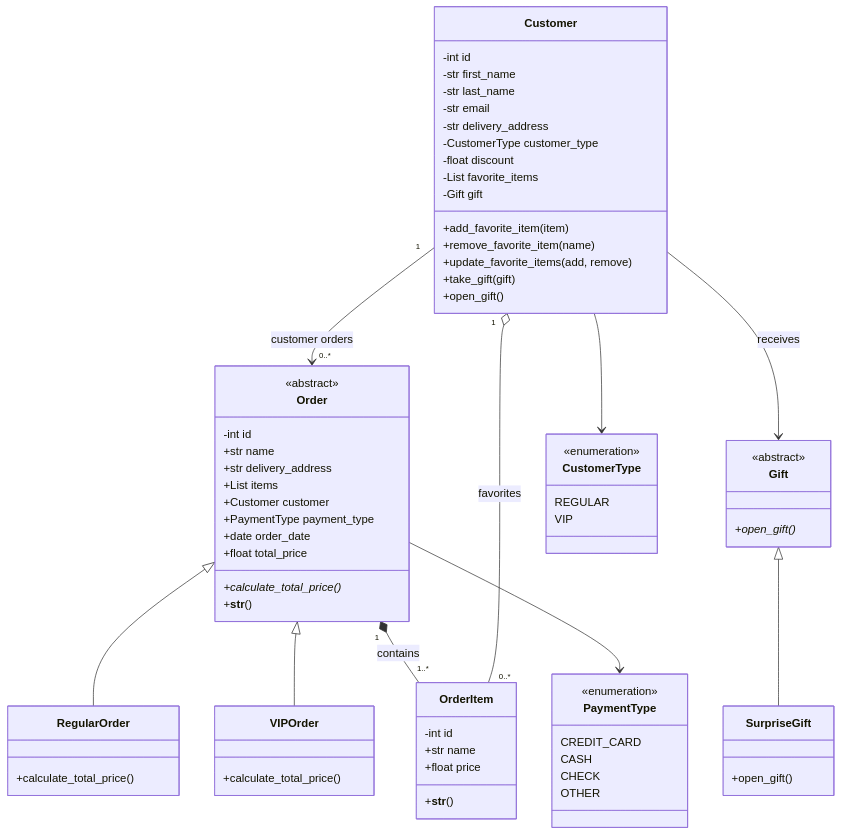
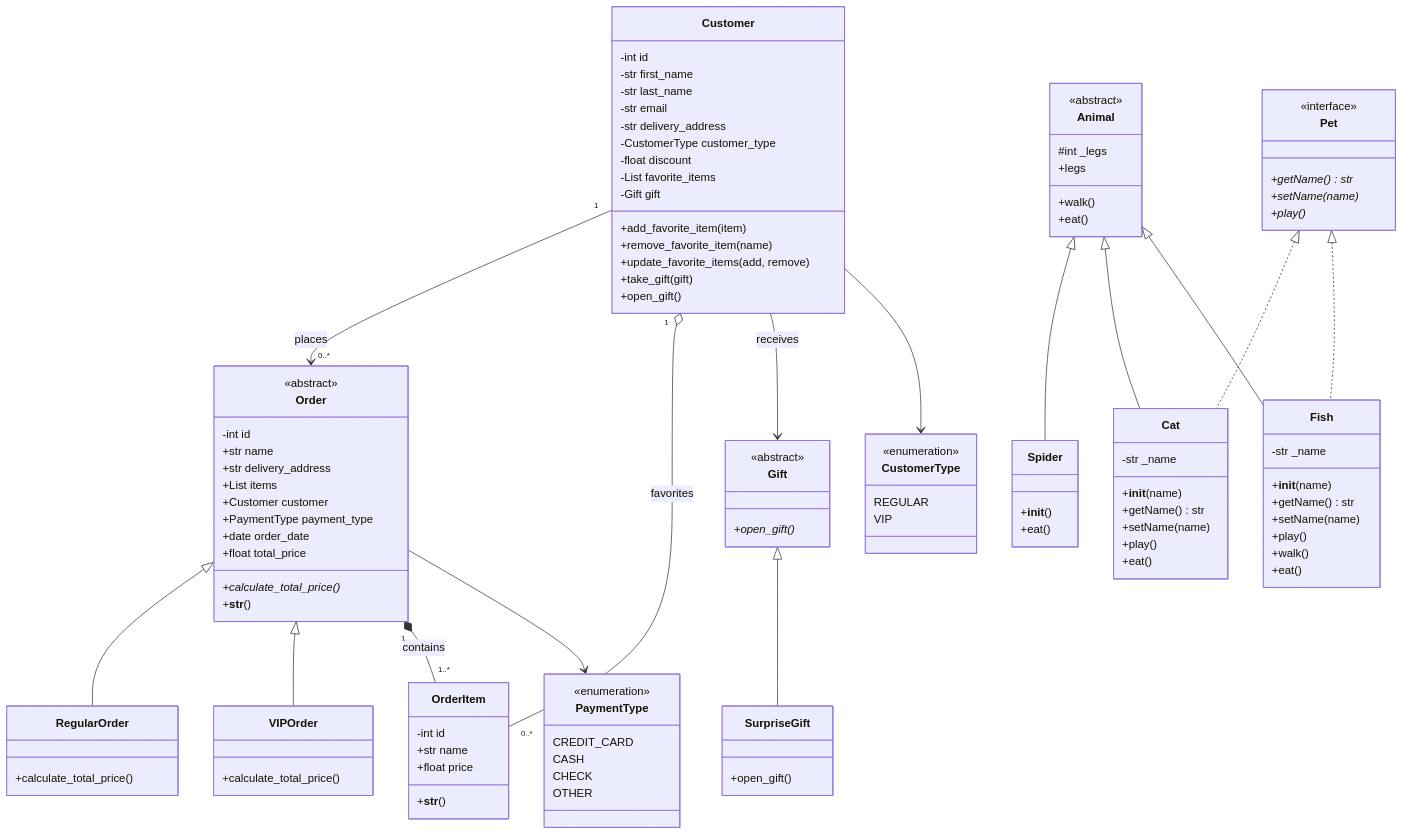
The diagram in class_diagram.mmd (maykatzav20-ui/order_management), drawn with Mermaid before and after one commit. The commit also changed other lines of this file, not shown here.

```diff
--- a/class_diagram.mmd
+++ b/class_diagram.mmd
@@ -1,80 +1,133 @@
 
 classDiagram
+    direction TB
+
+    %% ORDER MANAGEMENT SYSTEM
+
     class Customer {
         -int id
         -str first_name
         -str last_name
         -str email
         -str delivery_address
         -CustomerType customer_type
         -float discount
         -List favorite_items
         -Gift gift
         +add_favorite_item(item)
         +remove_favorite_item(name)
         +update_favorite_items(add, remove)
         +take_gift(gift)
         +open_gift()
     }
 
     class OrderItem {
         -int id
         +str name
         +float price
         +__str__()
     }
 
     class Order {
         <<abstract>>
         -int id
         +str name
         +str delivery_address
         +List items
         +Customer customer
         +PaymentType payment_type
         +date order_date
         +float total_price
         +calculate_total_price()*
         +__str__()
     }
 
     class RegularOrder {
         +calculate_total_price()
     }
 
     class VIPOrder {
         +calculate_total_price()
     }
 
     class Gift {
         <<abstract>>
         +open_gift()*
     }
 
     class SurpriseGift {
         +open_gift()
     }
 
     class CustomerType {
         <<enumeration>>
         REGULAR
         VIP
     }
 
     class PaymentType {
         <<enumeration>>
         CREDIT_CARD
         CASH
         CHECK
         OTHER
     }
 
     Order <|-- RegularOrder
     Order <|-- VIPOrder
     Gift <|-- SurpriseGift
-    Customer "1" --> "0..*" Order : customer orders
+
+    Customer "1" --> "0..*" Order : places
     Order "1" *-- "1..*" OrderItem : contains
     Customer "1" o-- "0..*" OrderItem : favorites
     Customer --> Gift : receives
     Customer --> CustomerType
     Order --> PaymentType
+
+    %% ANIMAL AND PET BONUS
+
+    class Animal {
+        <<abstract>>
+        #int _legs
+        +legs
+        +walk()
+        +eat()
+    }
+
+    class Pet {
+        <<interface>>
+        +getName() str*
+        +setName(name)*
+        +play()*
+    }
+
+    class Spider {
+        +__init__()
+        +eat()
+    }
+
+    class Cat {
+        -str _name
+        +__init__(name)
+        +getName() str
+        +setName(name)
+        +play()
+        +eat()
+    }
+
+    class Fish {
+        -str _name
+        +__init__(name)
+        +getName() str
+        +setName(name)
+        +play()
+        +walk()
+        +eat()
+    }
+
+    Animal <|-- Spider
+    Animal <|-- Cat
+    Animal <|-- Fish
+
+    Pet <|.. Cat
+    Pet <|.. Fish
```
